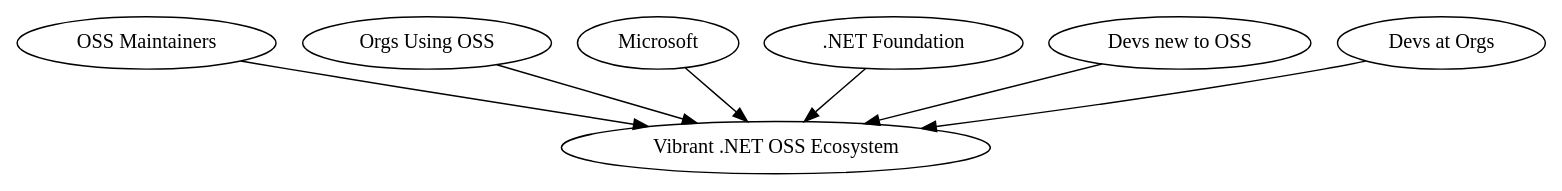
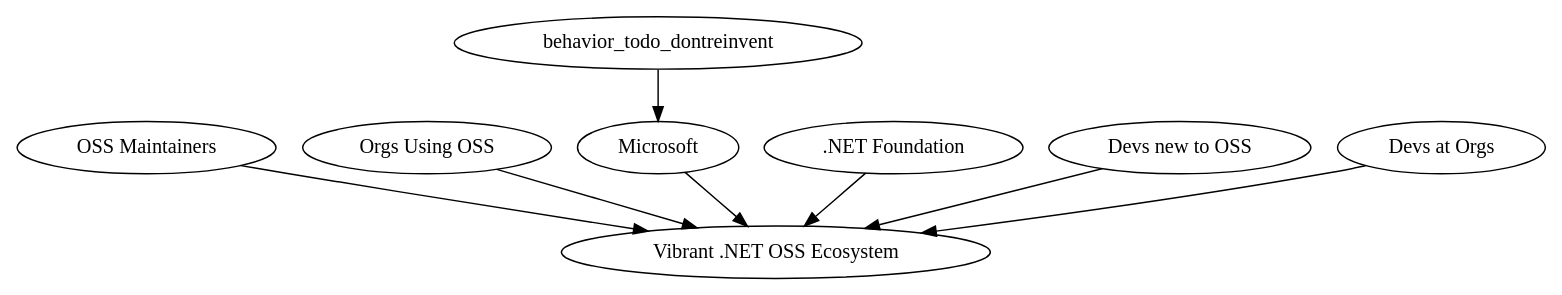
The diagram in diagrams/vibrant-oss-impact-map.dot (SeanKilleen/seankilleen.github.io), drawn with Graphviz before and after one commit.

```diff
--- a/diagrams/vibrant-oss-impact-map.dot
+++ b/diagrams/vibrant-oss-impact-map.dot
@@ -1,18 +1,22 @@
 digraph g {
     goal[label="Vibrant .NET OSS Ecosystem"]
     
     persona_maintainer [label="OSS Maintainers"]
     persona_consumerorg [label="Orgs Using OSS"]
     persona_microsoft [label="Microsoft"]
     persona_dotnetfdn [label=".NET Foundation"]
     persona_newtooss [label="Devs new to OSS"]
     persona_devsatorgs [label="Devs at Orgs"]
     
     persona_maintainer -> goal
     persona_consumerorg -> goal
     persona_microsoft -> goal
     persona_dotnetfdn -> goal
     persona_newtooss -> goal
     persona_devsatorgs -> goal
 
+    behavior_todo_dontreinvent
+
+    behavior_todo_dontreinvent -> persona_microsoft
+
 }
```
